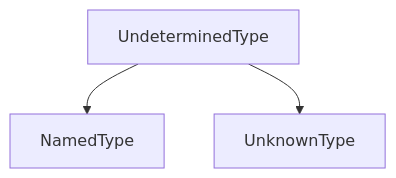
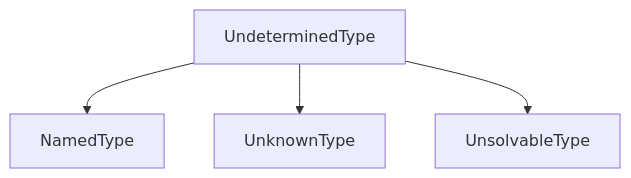
The second of 15 diagrams in doc/assets/p/类型系统.md (YJL-NLP/alioth-dev), drawn with Mermaid before and after one commit. The commit also changed other lines of this file and 3 other files, not shown here.

Commit message:
add support to TypeConvertDiagram

```diff
--- a/doc/assets/p/类型系统.md
+++ b/doc/assets/p/类型系统.md
@@ -70,5 +71,6 @@
 ~~~mermaid
 graph TB
 UndeterminedType --> NamedType
 UndeterminedType --> UnknownType
+UndeterminedType --> UnsolvableType
 ~~~
```
